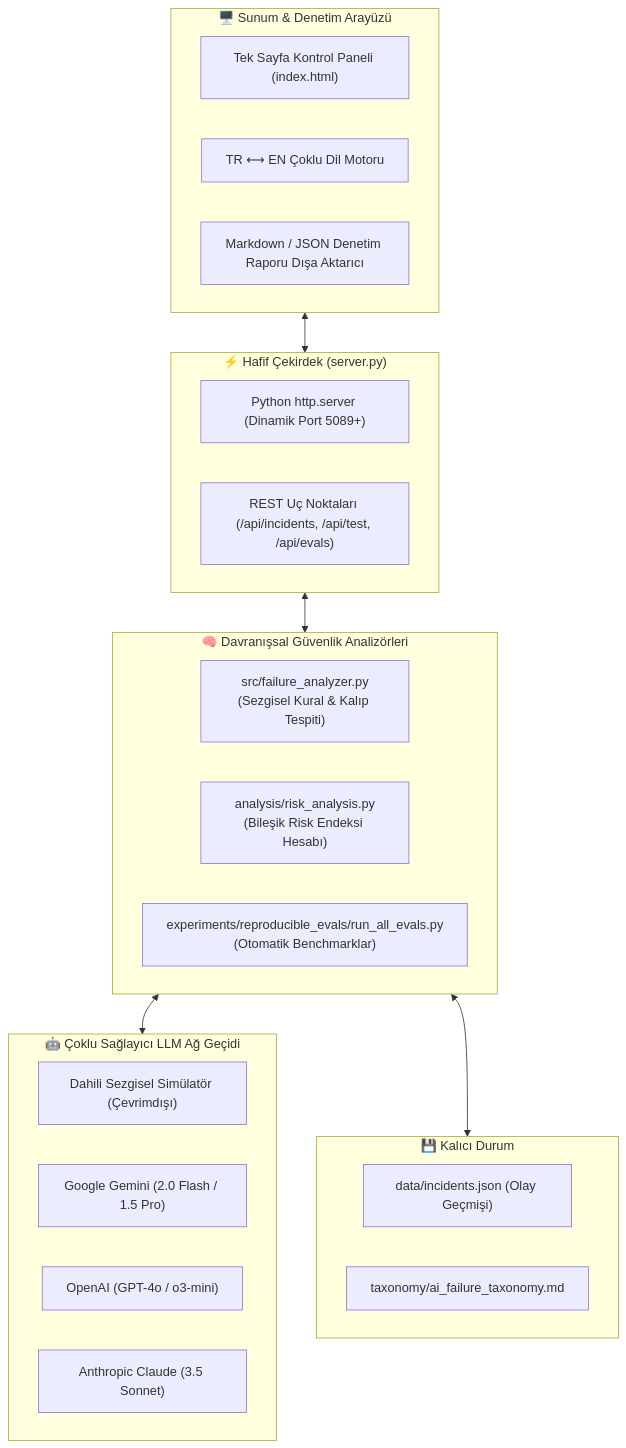
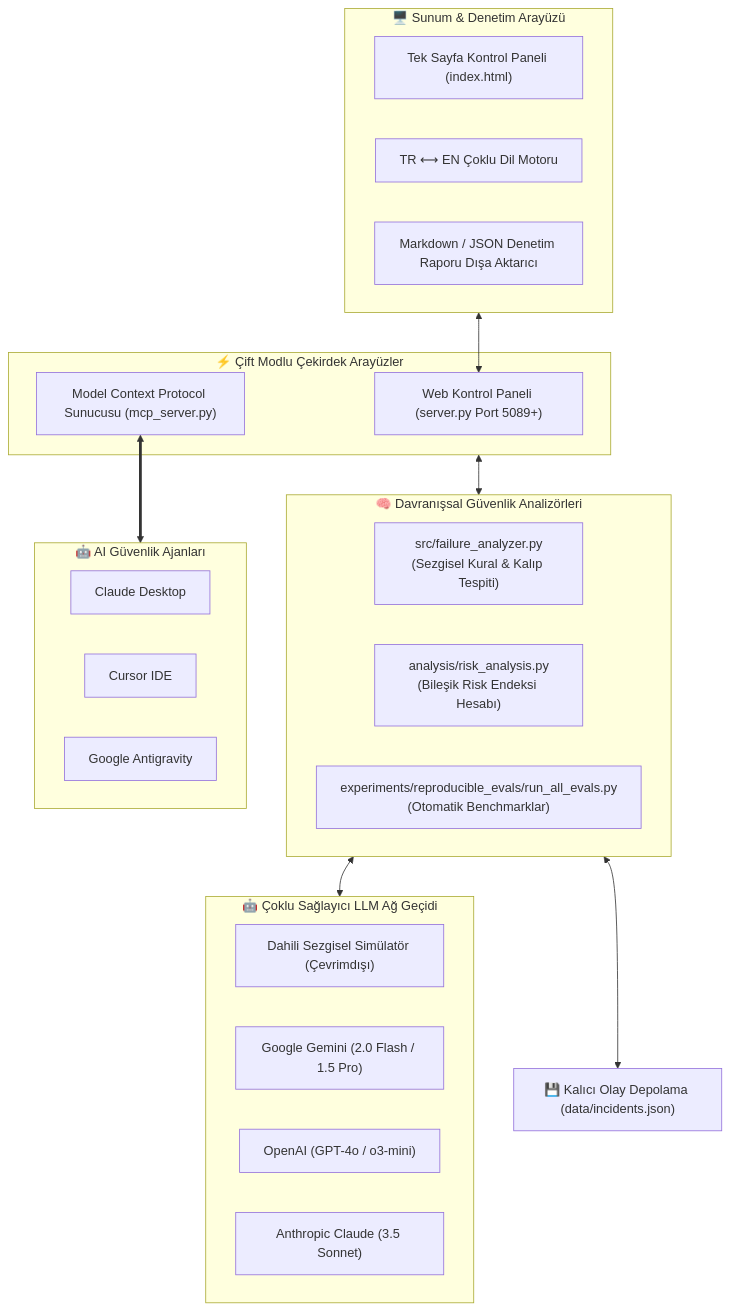
One commit to adacreativeco/ai-failure-observatory changed the diagram in README.tr.md. Above: the diagram before and after it, drawn with Mermaid. The commit also changed other lines of this file and 8 other files, not shown here.

Commit message:
feat: add FastMCP server, safety tools, PyPI packaging, and test suite

````diff
--- a/README.tr.md
+++ b/README.tr.md
@@ -54,39 +56,41 @@
 ```mermaid
 flowchart TD
     subgraph ClientLayer["🖥️ Sunum & Denetim Arayüzü"]
         WebUI["Tek Sayfa Kontrol Paneli (index.html)"]
         Bilingual["TR ⟷ EN Çoklu Dil Motoru"]
         ReportExport["Markdown / JSON Denetim Raporu Dışa Aktarıcı"]
     end
 
-    subgraph ServerLayer["⚡ Hafif Çekirdek (server.py)"]
-        HTTPServer["Python http.server (Dinamik Port 5089+)"]
-        RESTAPI["REST Uç Noktaları (/api/incidents, /api/test, /api/evals)"]
+    subgraph DualAccessLayer["⚡ Çift Modlu Çekirdek Arayüzler"]
+        HTTPServer["Web Kontrol Paneli (server.py Port 5089+)"]
+        MCPServer["Model Context Protocol Sunucusu (mcp_server.py)"]
     end
 
     subgraph AnalysisEngine["🧠 Davranışsal Güvenlik Analizörleri"]
         FailureAnalyzer["src/failure_analyzer.py
 (Sezgisel Kural & Kalıp Tespiti)"]
         RiskEngine["analysis/risk_analysis.py
 (Bileşik Risk Endeksi Hesabı)"]
         EvalRunner["experiments/reproducible_evals/run_all_evals.py
 (Otomatik Benchmarklar)"]
     end
 
     subgraph ModelLayer["🤖 Çoklu Sağlayıcı LLM Ağ Geçidi"]
         HeuristicSim["Dahili Sezgisel Simülatör (Çevrimdışı)"]
         Gemini["Google Gemini (2.0 Flash / 1.5 Pro)"]
         OpenAI["OpenAI (GPT-4o / o3-mini)"]
         Claude["Anthropic Claude (3.5 Sonnet)"]
     end
 
-    subgraph StorageLayer["💾 Kalıcı Durum"]
-        Incidents["data/incidents.json (Olay Geçmişi)"]
-        Taxonomy["taxonomy/ai_failure_taxonomy.md"]
+    subgraph AIAssistants["🤖 AI Güvenlik Ajanları"]
+        ClaudeDesktop["Claude Desktop"]
+        CursorIDE["Cursor IDE"]
+        Antigravity["Google Antigravity"]
     end
 
-    ClientLayer <--> ServerLayer
-    ServerLayer <--> AnalysisEngine
+    ClientLayer <--> HTTPServer
+    MCPServer <==> AIAssistants
+    DualAccessLayer <--> AnalysisEngine
     AnalysisEngine <--> ModelLayer
-    AnalysisEngine <--> StorageLayer
+    AnalysisEngine <--> StorageLayer["💾 Kalıcı Olay Depolama (data/incidents.json)"]
 ```
````
